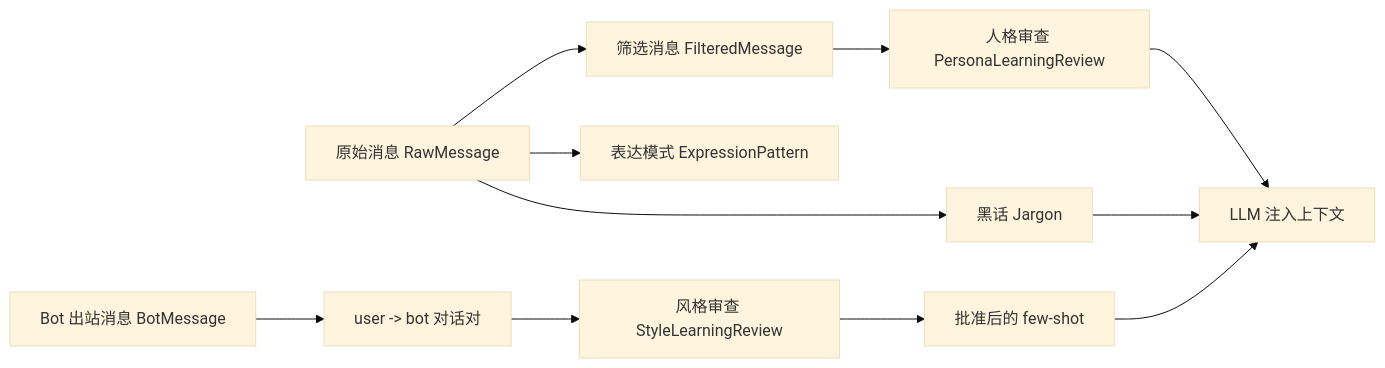
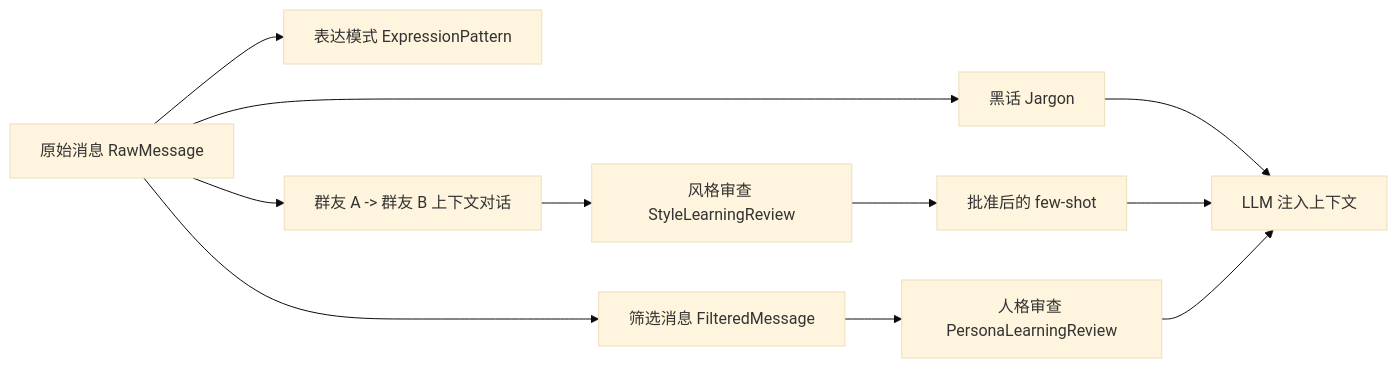
One commit to NickCharlie/astrbot_plugin_self_learning changed the third of 3 diagrams in README.md. Above: the diagram before and after it, drawn with Mermaid (base theme). The commit also changed other lines of this file and 20 other files, not shown here.

````diff
--- a/README.md
+++ b/README.md
@@ -162,13 +162,13 @@
 ```mermaid
 flowchart LR
     Raw["原始消息 RawMessage"] --> Filtered["筛选消息 FilteredMessage"]
     Raw --> Expression["表达模式 ExpressionPattern"]
     Raw --> Jargon["黑话 Jargon"]
-    Sent["Bot 出站消息 BotMessage"] --> Pair["user -> bot 对话对"]
+    Raw --> Pair["群友 A -> 群友 B 上下文对话"]
     Pair --> StyleReview["风格审查 StyleLearningReview"]
     Filtered --> PersonaReview["人格审查 PersonaLearningReview"]
     StyleReview --> Approved["批准后的 few-shot"]
     Jargon --> Context["LLM 注入上下文"]
     Approved --> Context
     PersonaReview --> Context
 ```
````
